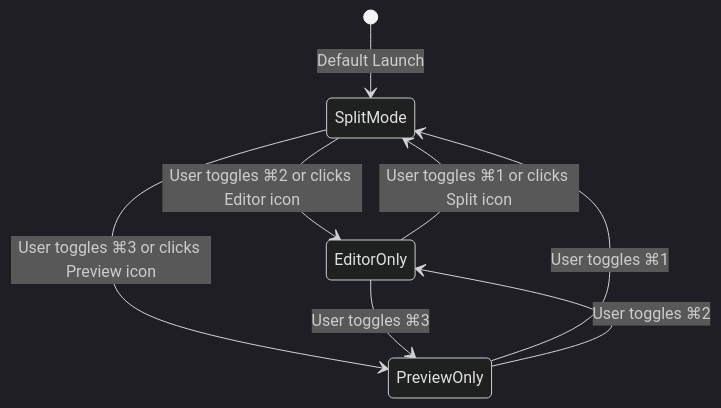
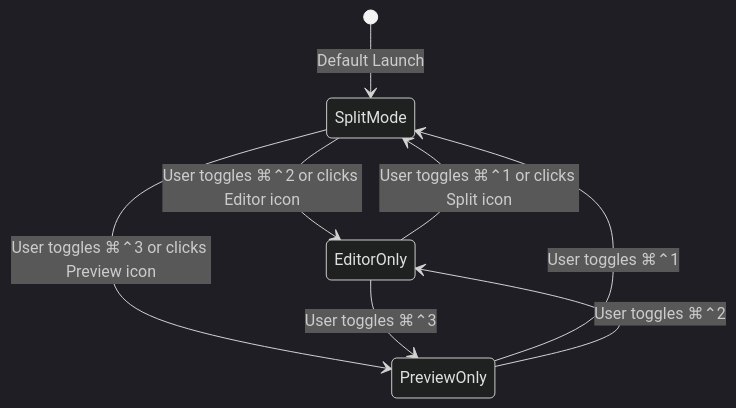
The first of 8 diagrams in docs/editor-and-markdown.md (ItsReidar/brain-md), drawn with Mermaid (dark theme) before and after one commit. The commit also changed other lines of this file and 6 other files, not shown here.

````diff
--- a/docs/editor-and-markdown.md
+++ b/docs/editor-and-markdown.md
@@ -11,10 +11,10 @@
 ```mermaid
 stateDiagram-v2
     [*] --> SplitMode: Default Launch
-    SplitMode --> EditorOnly: User toggles ⌘2 or clicks Editor icon
-    SplitMode --> PreviewOnly: User toggles ⌘3 or clicks Preview icon
-    EditorOnly --> SplitMode: User toggles ⌘1 or clicks Split icon
-    EditorOnly --> PreviewOnly: User toggles ⌘3
-    PreviewOnly --> SplitMode: User toggles ⌘1
-    PreviewOnly --> EditorOnly: User toggles ⌘2
+    SplitMode --> EditorOnly: User toggles ⌘⌃2 or clicks Editor icon
+    SplitMode --> PreviewOnly: User toggles ⌘⌃3 or clicks Preview icon
+    EditorOnly --> SplitMode: User toggles ⌘⌃1 or clicks Split icon
+    EditorOnly --> PreviewOnly: User toggles ⌘⌃3
+    PreviewOnly --> SplitMode: User toggles ⌘⌃1
+    PreviewOnly --> EditorOnly: User toggles ⌘⌃2
 ```
````
